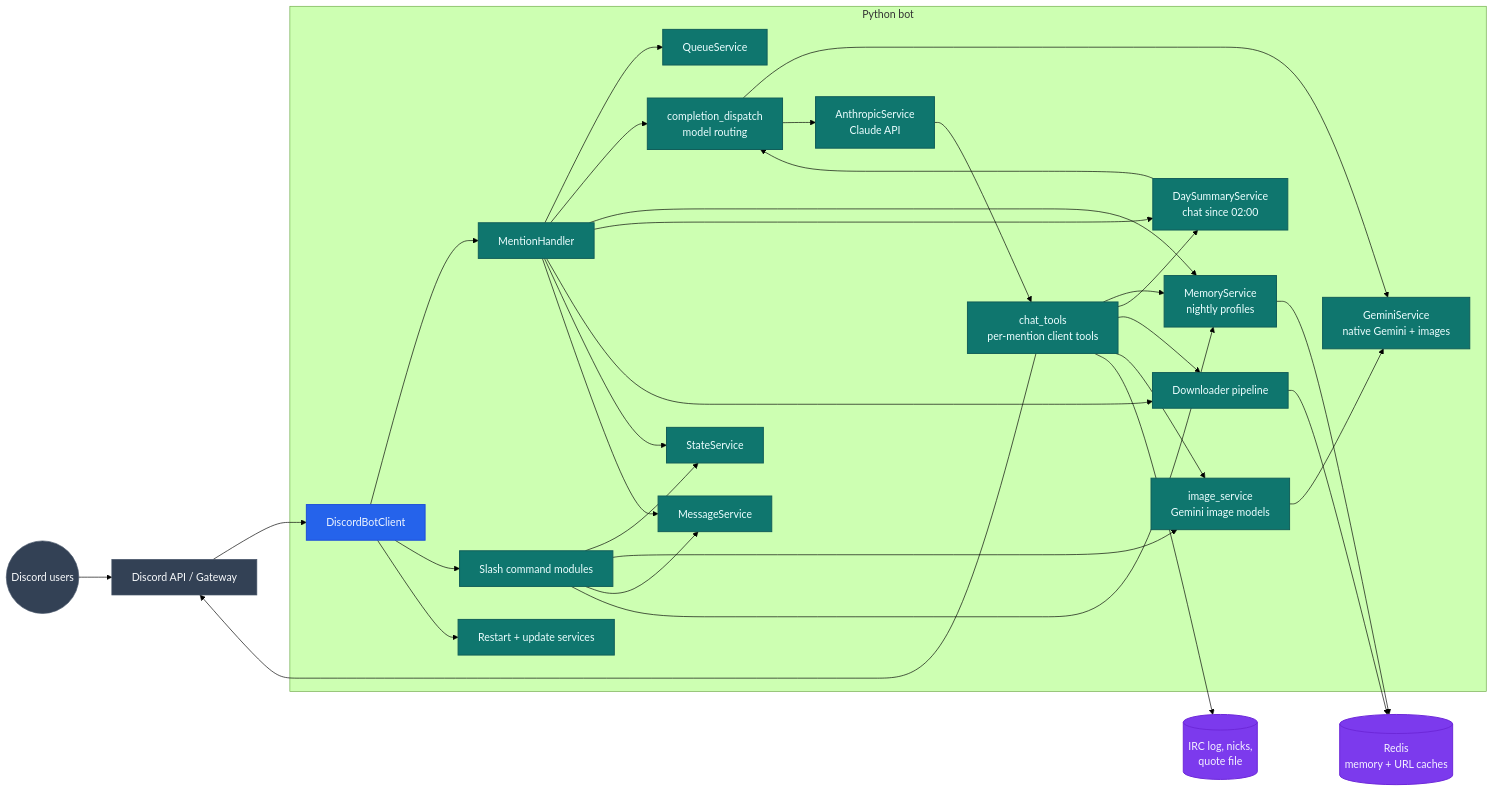
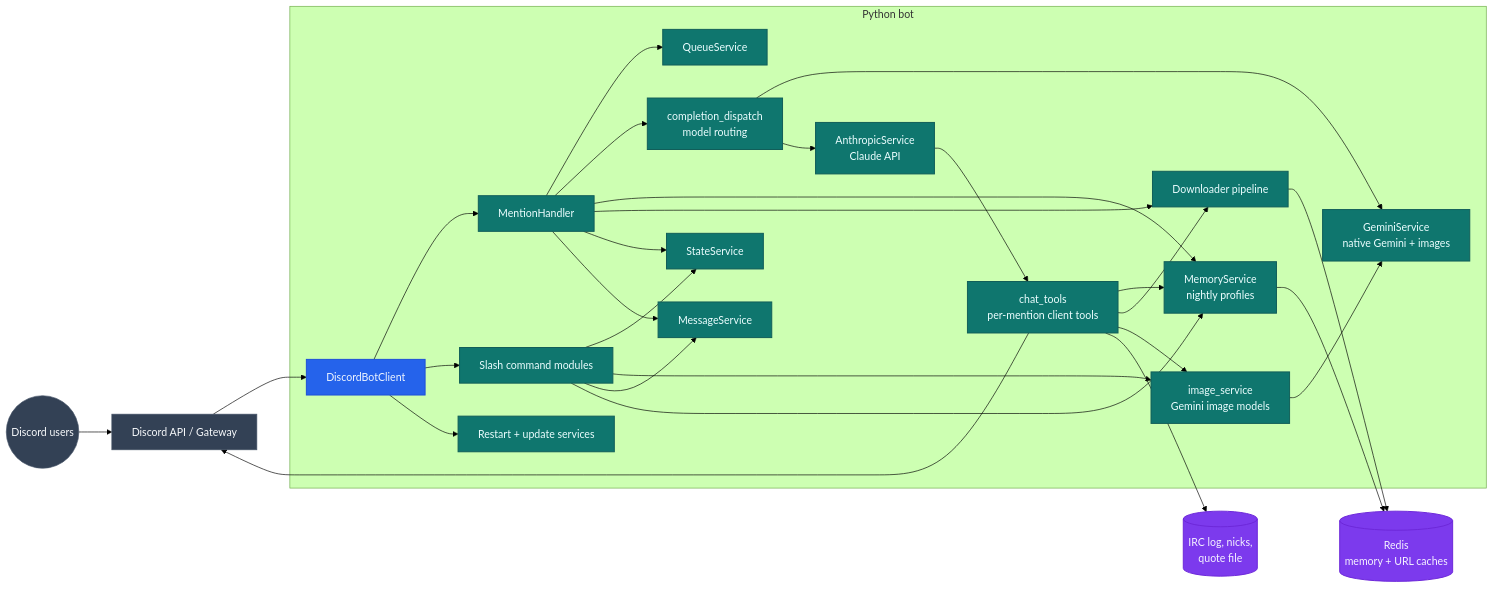
One commit to jobeus/cmwgpt changed the first of 5 diagrams in docs/architecture.md. Above: the diagram before and after it, drawn with Mermaid (forest theme). The commit also changed other lines of this file and 21 other files, not shown here.

````diff
--- a/docs/architecture.md
+++ b/docs/architecture.md
@@ -30,60 +30,56 @@
 ```mermaid
 flowchart LR
     classDef edge fill:#334155,color:#f8fafc,stroke:#475569,stroke-width:1px;
     classDef bot fill:#2563eb,color:#eff6ff,stroke:#1d4ed8,stroke-width:1.5px;
     classDef service fill:#0f766e,color:#ecfeff,stroke:#115e59,stroke-width:1.5px;
     classDef data fill:#7c3aed,color:#f5f3ff,stroke:#6d28d9,stroke-width:1.5px;
 
     User((Discord users)):::edge --> Discord[Discord API / Gateway]:::edge
 
     subgraph BotApp[Python bot]
         Client[DiscordBotClient]:::bot
         Mention[MentionHandler]:::service
         Commands[Slash command modules]:::service
         Queue[QueueService]:::service
         State[StateService]:::service
         Dispatch[completion_dispatch<br/>model routing]:::service
         Gemini[GeminiService<br/>native Gemini + images]:::service
         Anthropic[AnthropicService<br/>Claude API]:::service
         Tools[chat_tools<br/>per-mention client tools]:::service
         Memory[MemoryService<br/>nightly profiles]:::service
-        DaySummary[DaySummaryService<br/>chat since 02:00]:::service
         Images[image_service<br/>Gemini image models]:::service
         Downloader[Downloader pipeline]:::service
         MsgSvc[MessageService]:::service
         Restart[Restart + update services]:::service
     end
 
     Discord --> Client
     Client --> Mention
     Client --> Commands
     Mention --> Queue
     Mention --> Dispatch
     Dispatch --> Gemini
     Dispatch --> Anthropic
     Mention --> Memory
-    Mention --> DaySummary
-    DaySummary --> Dispatch
     Mention --> Downloader
     Mention --> State
     Mention --> MsgSvc
     Commands --> State
     Commands --> Images
     Images --> Gemini
     Commands --> MsgSvc
     Client --> Restart
 
     Commands --> Memory
     Anthropic --> Tools
     Tools --> Memory
-    Tools --> DaySummary
     Tools --> Downloader
     Tools --> Images
 
     Cache[(Redis<br/>memory + URL caches)]:::data
     Files[(IRC log, nicks,<br/>quote file)]:::data
     Memory --> Cache
     Downloader --> Cache
     Tools --> Files
     Tools --> Discord
 ```
````
